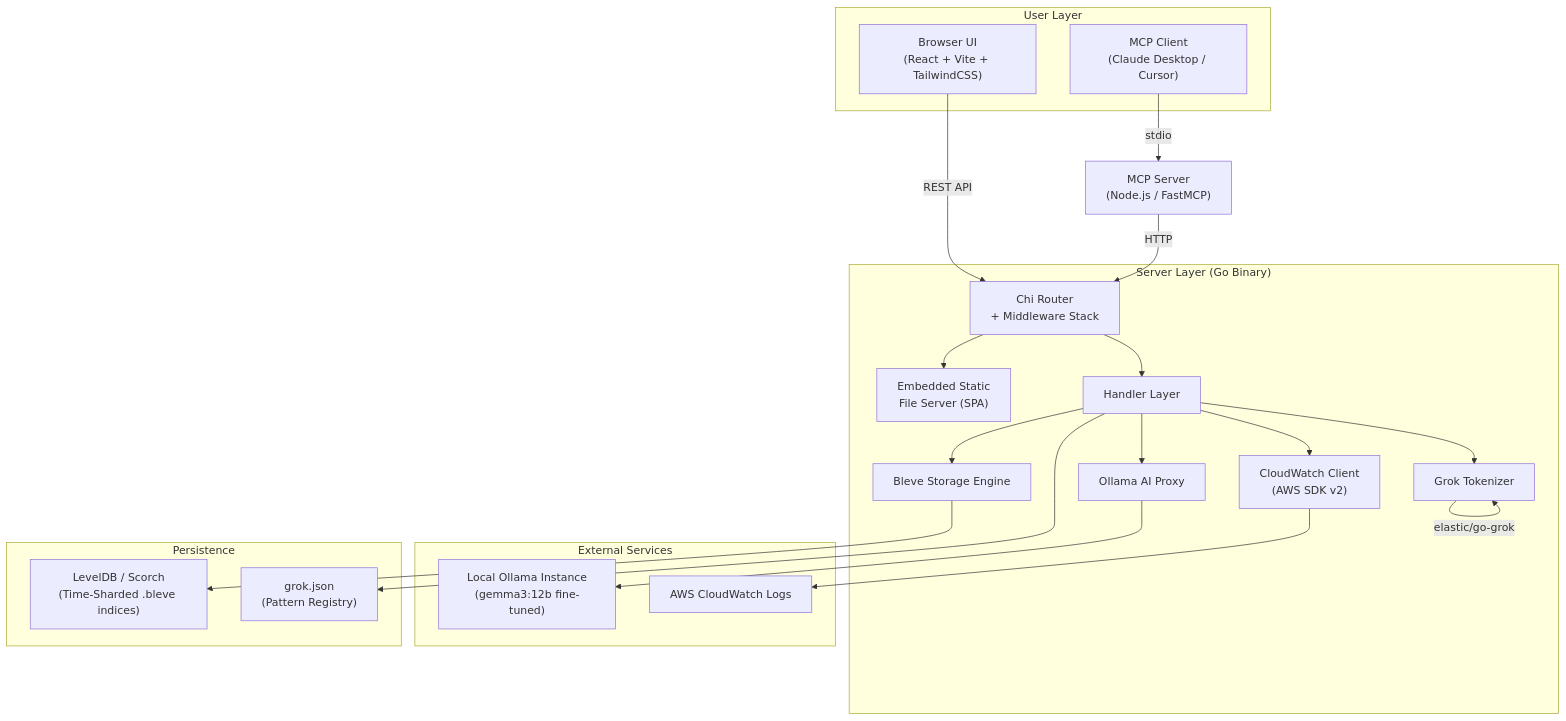
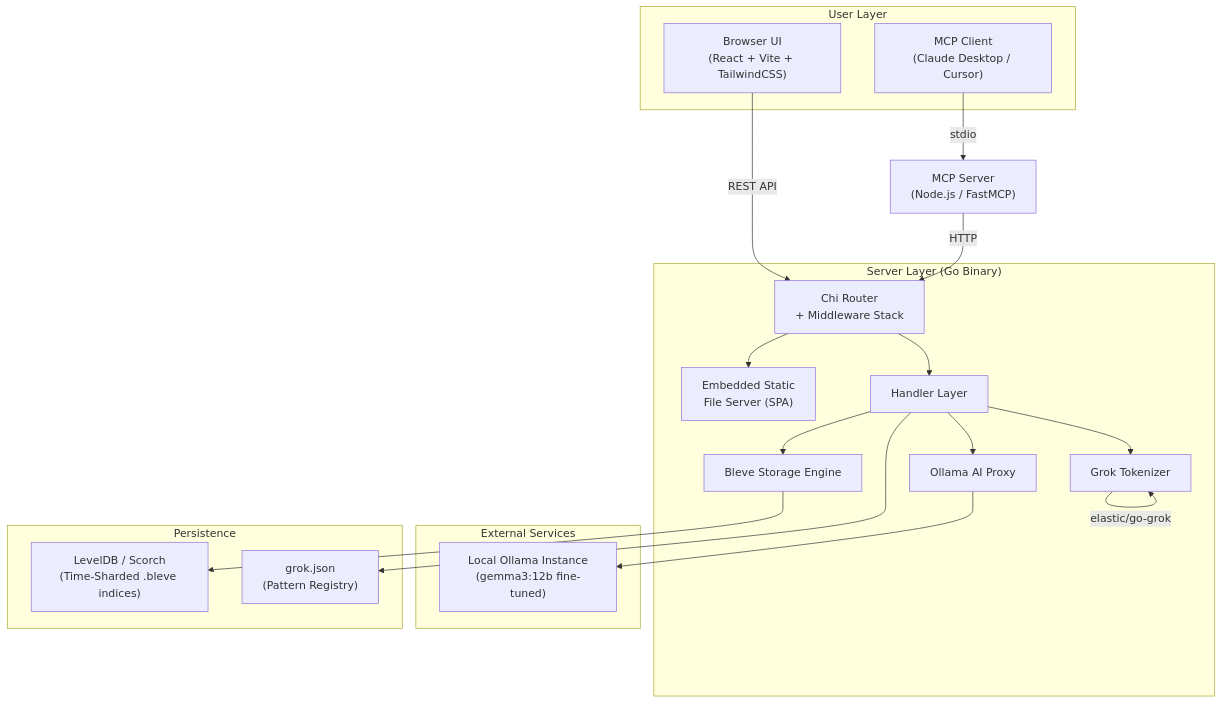
One commit to logsonic/logsonic changed the first of 9 diagrams in docs/System_Architecture.md. Above: the diagram before and after it, drawn with Mermaid. The commit also changed other lines of this file and 39 other files, not shown here.

````diff
--- a/docs/System_Architecture.md
+++ b/docs/System_Architecture.md
@@ -11,45 +11,41 @@
 ```mermaid
 graph TB
     subgraph "User Layer"
         Browser["Browser UI<br/>(React + Vite + TailwindCSS)"]
         MCP_Client["MCP Client<br/>(Claude Desktop / Cursor)"]
     end
 
     subgraph "Server Layer (Go Binary)"
         Router["Chi Router<br/>+ Middleware Stack"]
         Static["Embedded Static<br/>File Server (SPA)"]
         Handlers["Handler Layer"]
         Tokenizer["Grok Tokenizer"]
         Storage["Bleve Storage Engine"]
-        CW_Client["CloudWatch Client<br/>(AWS SDK v2)"]
         AI_Proxy["Ollama AI Proxy"]
     end
 
     subgraph "External Services"
         Ollama["Local Ollama Instance<br/>(gemma3:12b fine-tuned)"]
-        AWS["AWS CloudWatch Logs"]
     end
 
     subgraph "Persistence"
         LevelDB["LevelDB / Scorch<br/>(Time-Sharded .bleve indices)"]
         GrokJSON["grok.json<br/>(Pattern Registry)"]
     end
 
     Browser -->|"REST API"| Router
     MCP_Client -->|"stdio"| MCP_Server
     MCP_Server["MCP Server<br/>(Node.js / FastMCP)"] -->|"HTTP"| Router
 
     Router --> Static
     Router --> Handlers
     Handlers --> Tokenizer
     Handlers --> Storage
-    Handlers --> CW_Client
     Handlers --> AI_Proxy
 
-    CW_Client --> AWS
     AI_Proxy --> Ollama
 
     Storage --> LevelDB
     Handlers --> GrokJSON
     Tokenizer -->|"elastic/go-grok"| Tokenizer
 ```
````
